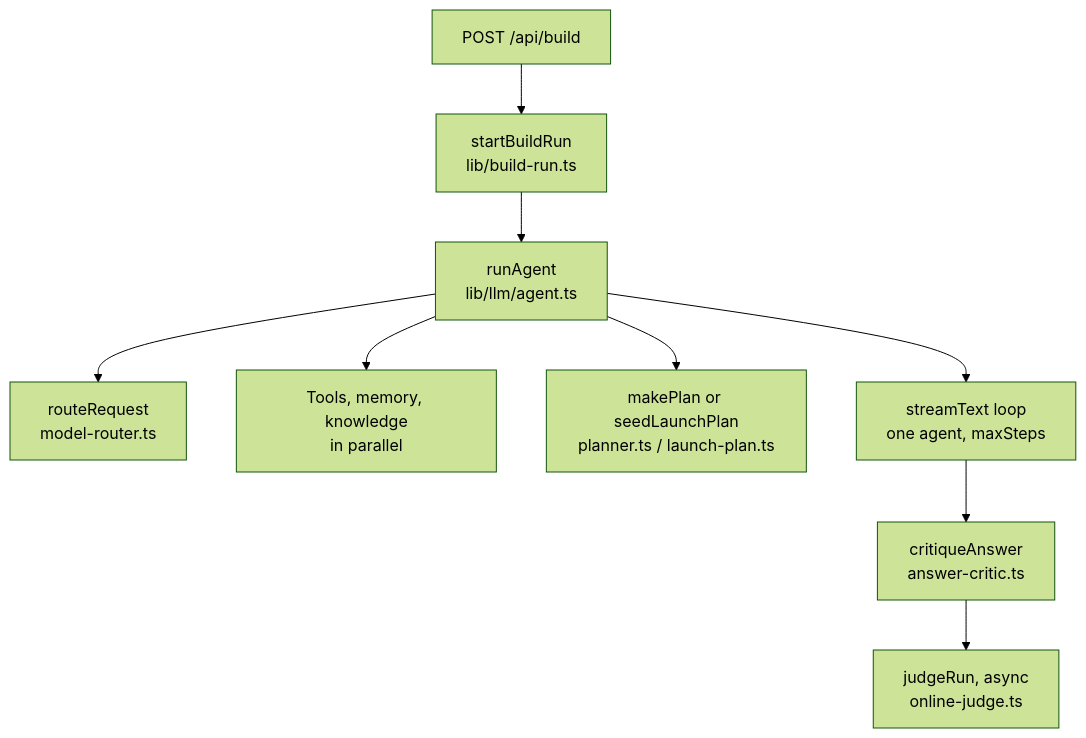
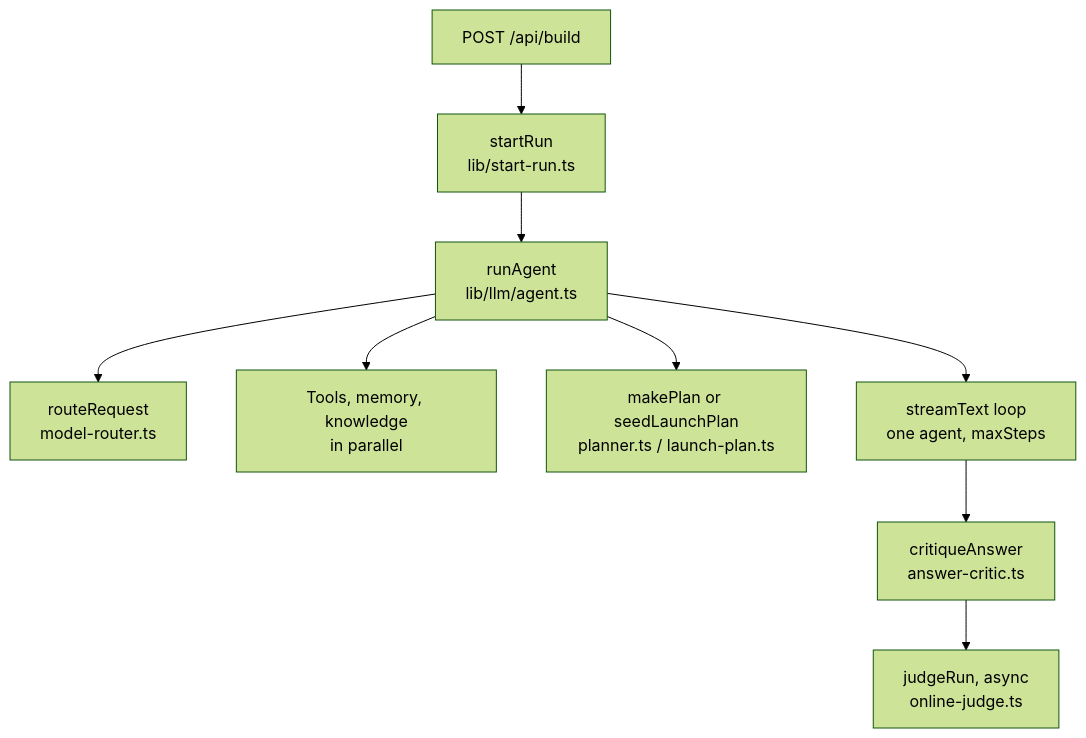
Before and after one commit to chaunceyplum/NEXT_HARNESS: the first of 3 diagrams in .kiro/specs/orchestrator-workers/design.md, drawn with Mermaid (forest theme). The commit also changed other lines of this file and 25 other files, not shown here.

````diff
--- a/.kiro/specs/orchestrator-workers/design.md
+++ b/.kiro/specs/orchestrator-workers/design.md
@@ -23,11 +23,11 @@
 ```mermaid
 flowchart TD
-  A[POST /api/build] --> B[startBuildRun<br/>lib/build-run.ts]
+  A[POST /api/build] --> B[startRun<br/>lib/start-run.ts]
   B --> C[runAgent<br/>lib/llm/agent.ts]
   C --> R[routeRequest<br/>model-router.ts]
   C --> S[Tools, memory, knowledge<br/>in parallel]
   C --> P[makePlan or seedLaunchPlan<br/>planner.ts / launch-plan.ts]
   C --> L[streamText loop<br/>one agent, maxSteps]
   L --> K[critiqueAnswer<br/>answer-critic.ts]
   K --> J[judgeRun, async<br/>online-judge.ts]
 ```
````
